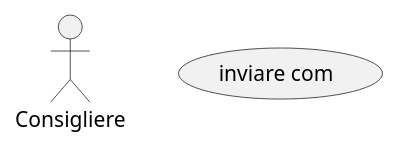
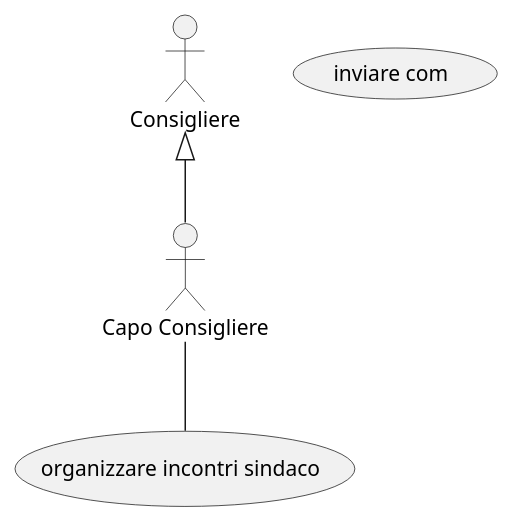
Before and after one commit to itsNikk/2526-4BI: the diagram in uml/src/Recupero2026/NeoTokyo.puml, drawn with PlantUML. The commit also changed 3 other files, not shown here.

```diff
--- a/uml/src/Recupero2026/NeoTokyo.puml
+++ b/uml/src/Recupero2026/NeoTokyo.puml
@@ -1,8 +1,14 @@
 @startuml
-:Consigliere:
+:Consigliere: as c
+:Capo Consigliere: as cc
+
 
 
 (inviare com)
+(organizzare incontri sindaco)
 
+''Generalizzazione
+c <|-- cc
 
+cc -- (organizzare incontri sindaco)
 @enduml
```
